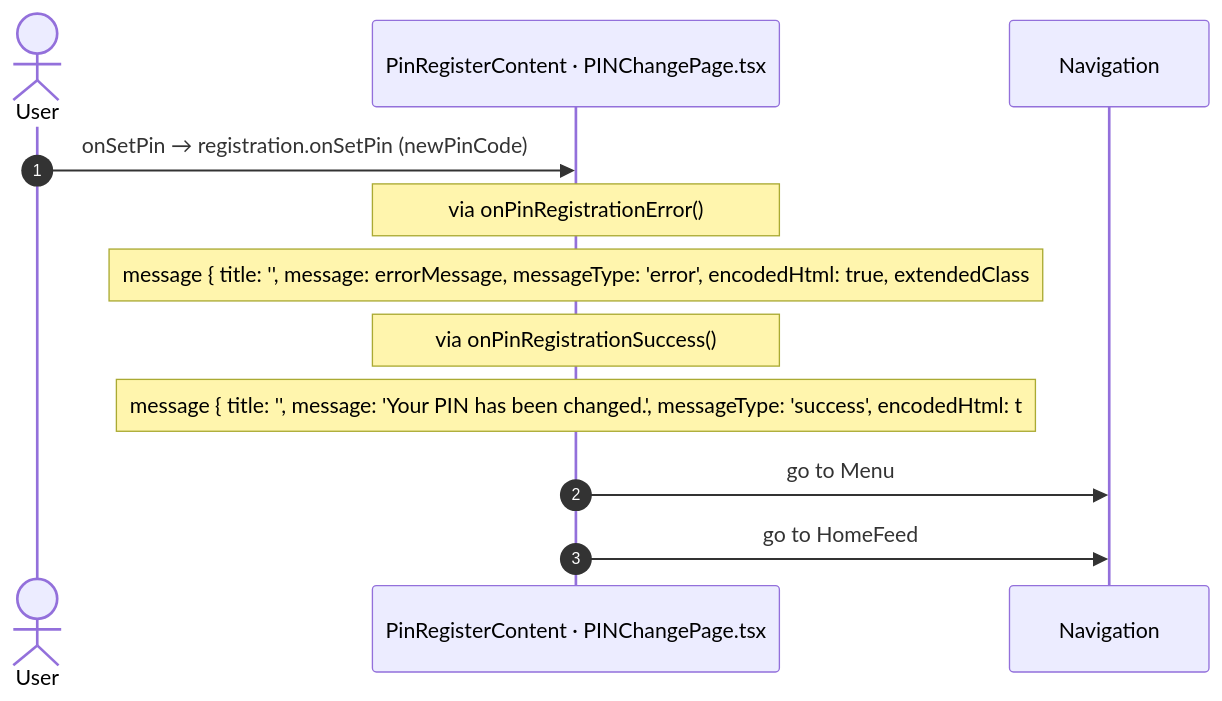
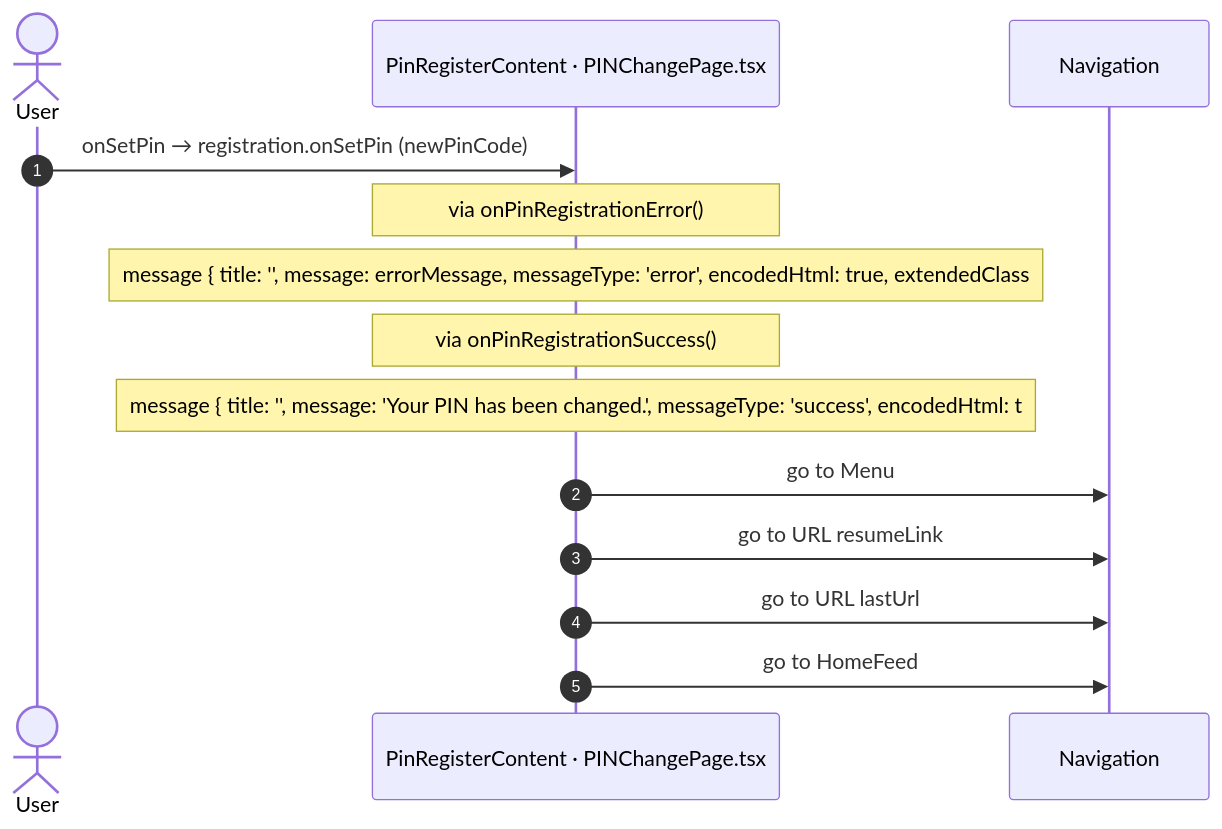
The sixth of 9 diagrams in route-actions/routes/PINChange.md (Phoenix-DX/connect-new-ui), drawn with Mermaid before and after one commit. The commit also changed other lines of this file and 7 other files, not shown here.

````diff
--- a/route-actions/routes/PINChange.md
+++ b/route-actions/routes/PINChange.md
@@ -137,14 +137,16 @@
 ```mermaid
 sequenceDiagram
   autonumber
   actor U as User
   participant H as PinRegisterContent · PINChangePage.tsx
   participant N as Navigation
   U->>H: onSetPin → registration.onSetPin (newPinCode)
   Note over H: via onPinRegistrationError()
   Note over H: message { title: '', message: errorMessage, messageType: 'error', encodedHtml: true, extendedClass
   Note over H: via onPinRegistrationSuccess()
   Note over H: message { title: '', message: 'Your PIN has been changed.', messageType: 'success', encodedHtml: t
   H->>N: go to Menu
+  H->>N: go to URL resumeLink
+  H->>N: go to URL lastUrl
   H->>N: go to HomeFeed
 ```
````
